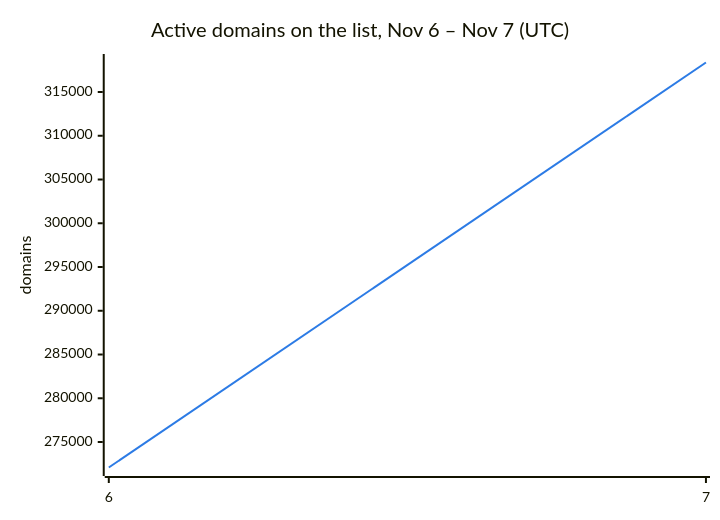
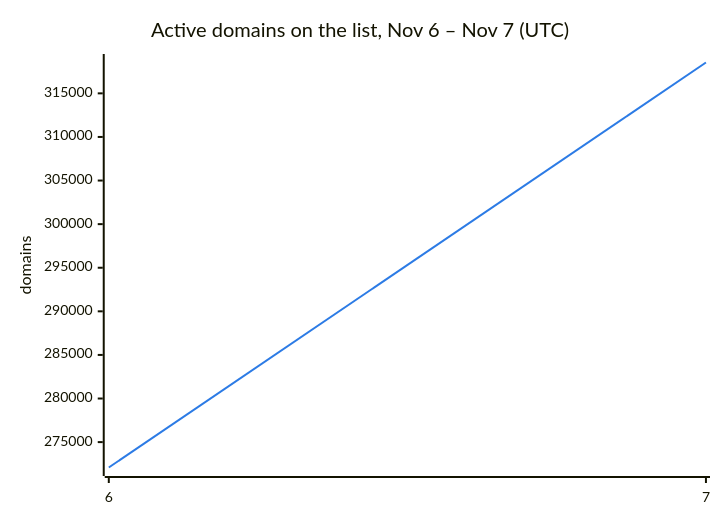
Before and after one commit to DNSBunker/CTI: the second of 3 diagrams in README.md, drawn with Mermaid. The commit also changed other lines of this file and 3 other files, not shown here.

````diff
--- a/README.md
+++ b/README.md
@@ -38,8 +38,8 @@
 ```mermaid
 %%{init: {"themeVariables": {"xyChart": {"plotColorPalette": "#2c7be5"}}}}%%
 xychart-beta
     title "Active domains on the list, Nov 6 – Nov 7 (UTC)"
     x-axis ["6", "7"]
     y-axis "domains"
-    line [272088, 318372]
+    line [272088, 318539]
 ```
````
